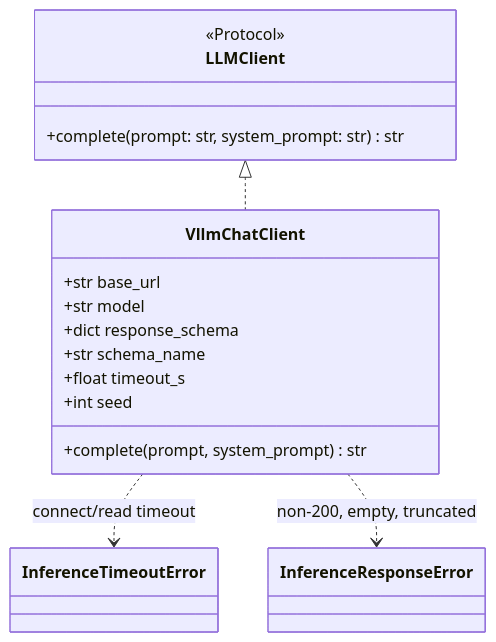
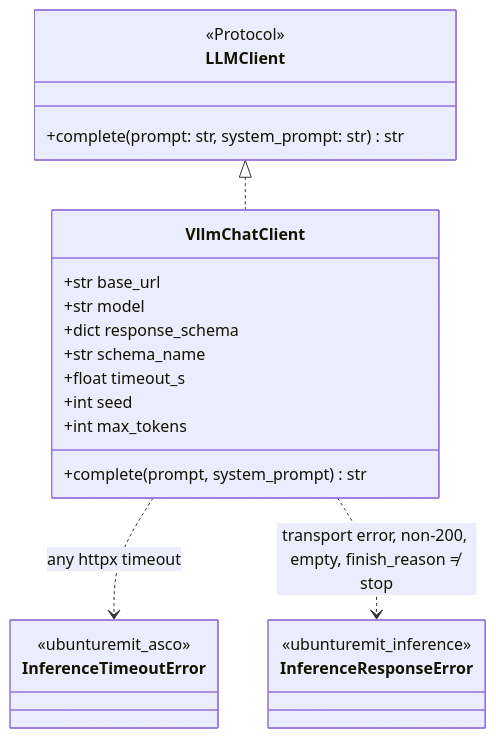
The first of 2 diagrams in docs/design/inference.md (Katlego-tech/UbuntuRemit), drawn with Mermaid before and after one commit. The commit also changed other lines of this file and 1 other file, not shown here.

First line of the commit message:
docs(inference): T076 close the review findings on #22

````diff
--- a/docs/design/inference.md
+++ b/docs/design/inference.md
@@ -30,21 +30,26 @@
 ```mermaid
 classDiagram
     class LLMClient {
         <<Protocol>>
         +complete(prompt: str, system_prompt: str) str
     }
     class VllmChatClient {
         +str base_url
         +str model
         +dict response_schema
         +str schema_name
         +float timeout_s
         +int seed
+        +int max_tokens
         +complete(prompt, system_prompt) str
     }
-    class InferenceTimeoutError
-    class InferenceResponseError
+    class InferenceTimeoutError {
+        <<ubunturemit_asco>>
+    }
+    class InferenceResponseError {
+        <<ubunturemit_inference>>
+    }
     LLMClient <|.. VllmChatClient
-    VllmChatClient ..> InferenceTimeoutError : connect/read timeout
-    VllmChatClient ..> InferenceResponseError : non-200, empty, truncated
+    VllmChatClient ..> InferenceTimeoutError : any httpx timeout
+    VllmChatClient ..> InferenceResponseError : transport error, non-200, empty, finish_reason ≠ stop
 ```
````
